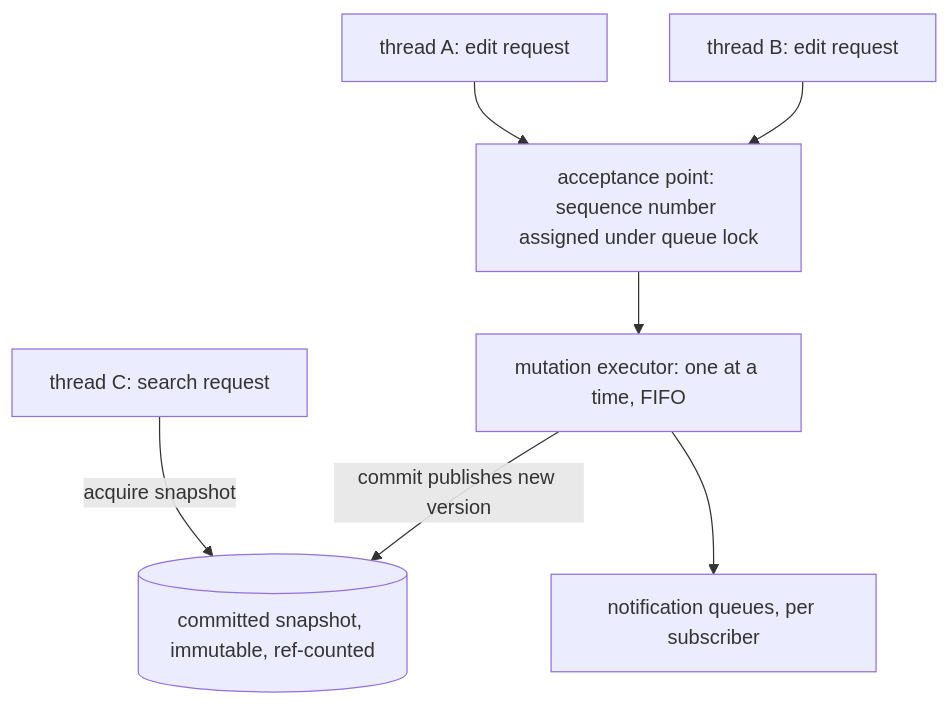
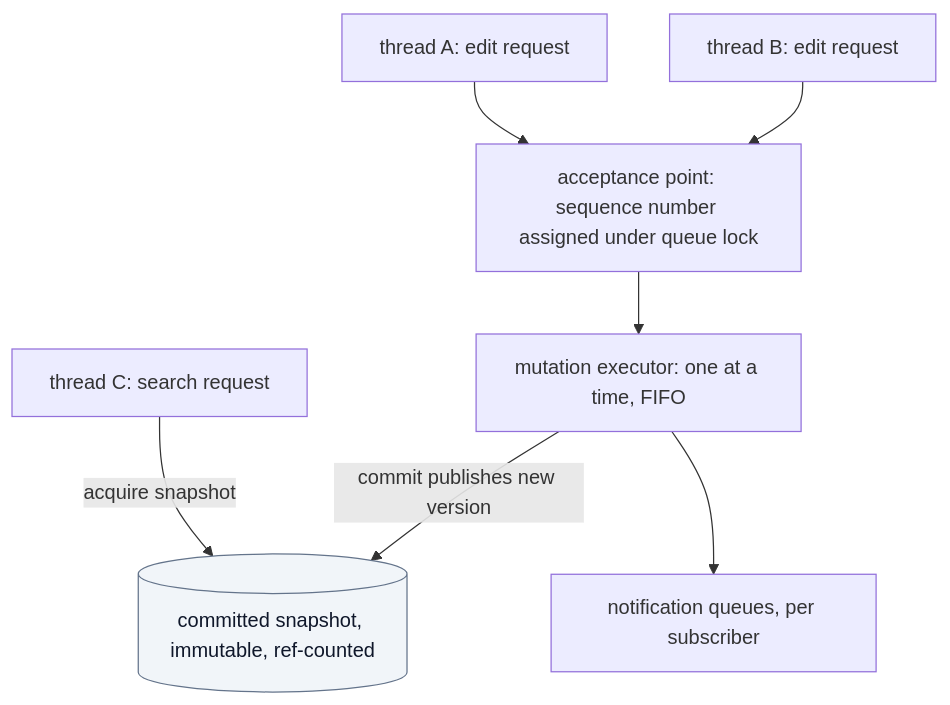
Before and after one commit to cdin-editor/spec: the first of 2 diagrams in docs/architecture/concurrency.md, drawn with Mermaid. The commit also changed other lines of this file and 9 other files, not shown here.

Commit message:
docs(architecture): specify boundaries, ABI, protocol, concurrency, lifecycle and migration

````diff
--- a/docs/architecture/concurrency.md
+++ b/docs/architecture/concurrency.md
@@ -17,17 +17,19 @@
 ```mermaid
 flowchart TB
     T1["thread A: edit request"]
     T2["thread B: edit request"]
     T3["thread C: search request"]
     Q["acceptance point: sequence number assigned under queue lock"]
     M["mutation executor: one at a time, FIFO"]
     S[("committed snapshot, immutable, ref-counted")]
     N["notification queues, per subscriber"]
 
     T1 --> Q
     T2 --> Q
     Q --> M
     M -- "commit publishes new version" --> S
     T3 -- "acquire snapshot" --> S
     M --> N
+    classDef ext fill:#f1f5f9,stroke:#64748b,color:#0f172a
+    class S ext
 ```
````
